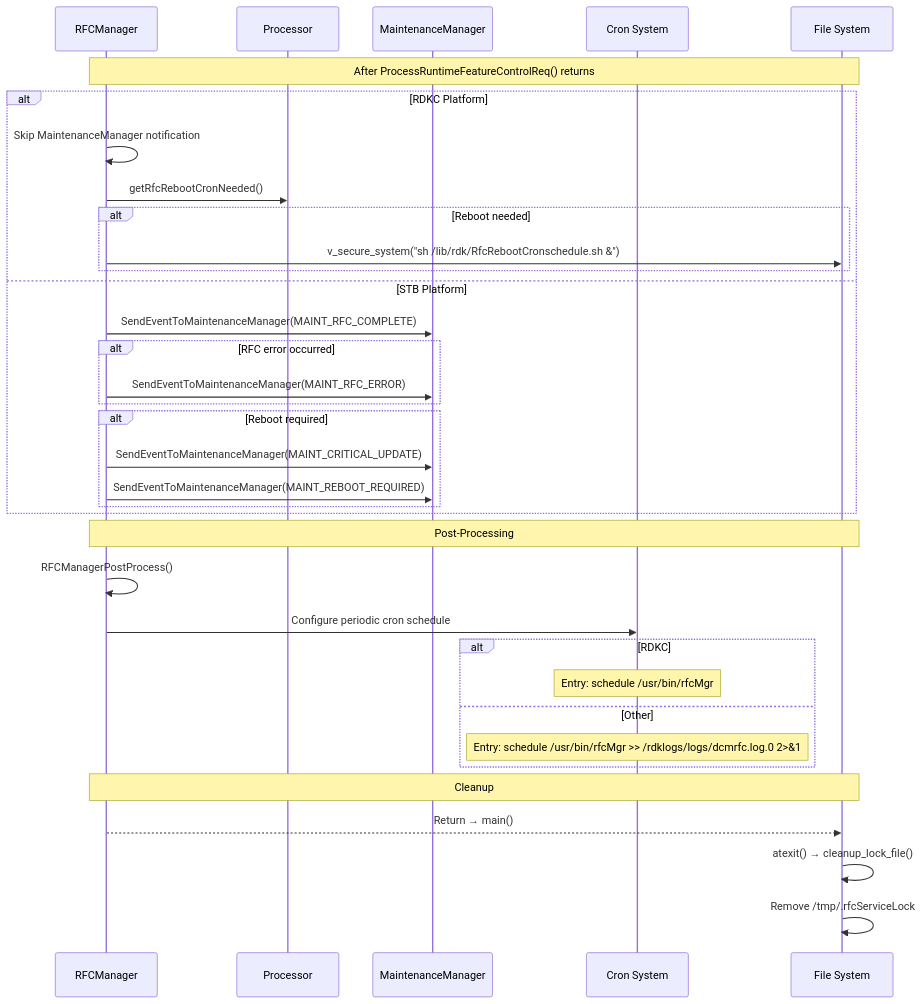
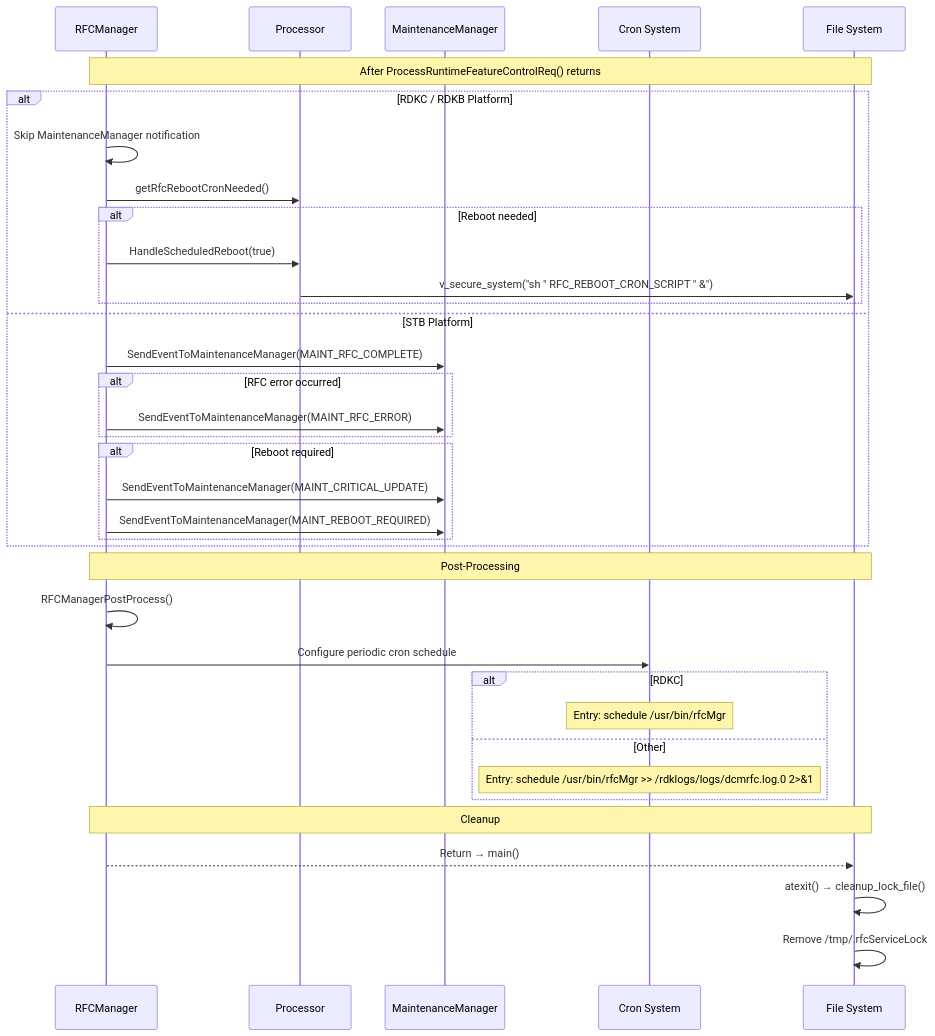
One commit to rdkcentral/rfc changed the ninth of 9 diagrams in docs/sequence-diagrams.md. Above: the diagram before and after it, drawn with Mermaid. The commit also changed other lines of this file and 3 other files, not shown here.

````diff
--- a/docs/sequence-diagrams.md
+++ b/docs/sequence-diagrams.md
@@ -441,42 +428,43 @@
 ```mermaid
 sequenceDiagram
     participant MGR as RFCManager
     participant Proc as Processor
     participant MM as MaintenanceManager
     participant Cron as Cron System
     participant FS as File System
 
     Note over MGR,FS: After ProcessRuntimeFeatureControlReq() returns
 
-    alt RDKC Platform
+    alt RDKC / RDKB Platform
         MGR->>MGR: Skip MaintenanceManager notification
         MGR->>Proc: getRfcRebootCronNeeded()
         alt Reboot needed
-            MGR->>FS: v_secure_system("sh /lib/rdk/RfcRebootCronschedule.sh &")
+            MGR->>Proc: HandleScheduledReboot(true)
+            Proc->>FS: v_secure_system("sh " RFC_REBOOT_CRON_SCRIPT " &")
         end
     else STB Platform
         MGR->>MM: SendEventToMaintenanceManager(MAINT_RFC_COMPLETE)
         alt RFC error occurred
             MGR->>MM: SendEventToMaintenanceManager(MAINT_RFC_ERROR)
         end
         alt Reboot required
             MGR->>MM: SendEventToMaintenanceManager(MAINT_CRITICAL_UPDATE)
             MGR->>MM: SendEventToMaintenanceManager(MAINT_REBOOT_REQUIRED)
         end
     end
 
     Note over MGR,FS: Post-Processing
     MGR->>MGR: RFCManagerPostProcess()
     MGR->>Cron: Configure periodic cron schedule
     
     alt RDKC
         Note over Cron: Entry: schedule /usr/bin/rfcMgr
     else Other
         Note over Cron: Entry: schedule /usr/bin/rfcMgr >> /rdklogs/logs/dcmrfc.log.0 2>&1
     end
 
     Note over MGR,FS: Cleanup
     MGR-->>FS: Return → main()
     FS->>FS: atexit() → cleanup_lock_file()
     FS->>FS: Remove /tmp/.rfcServiceLock
 ```
````
